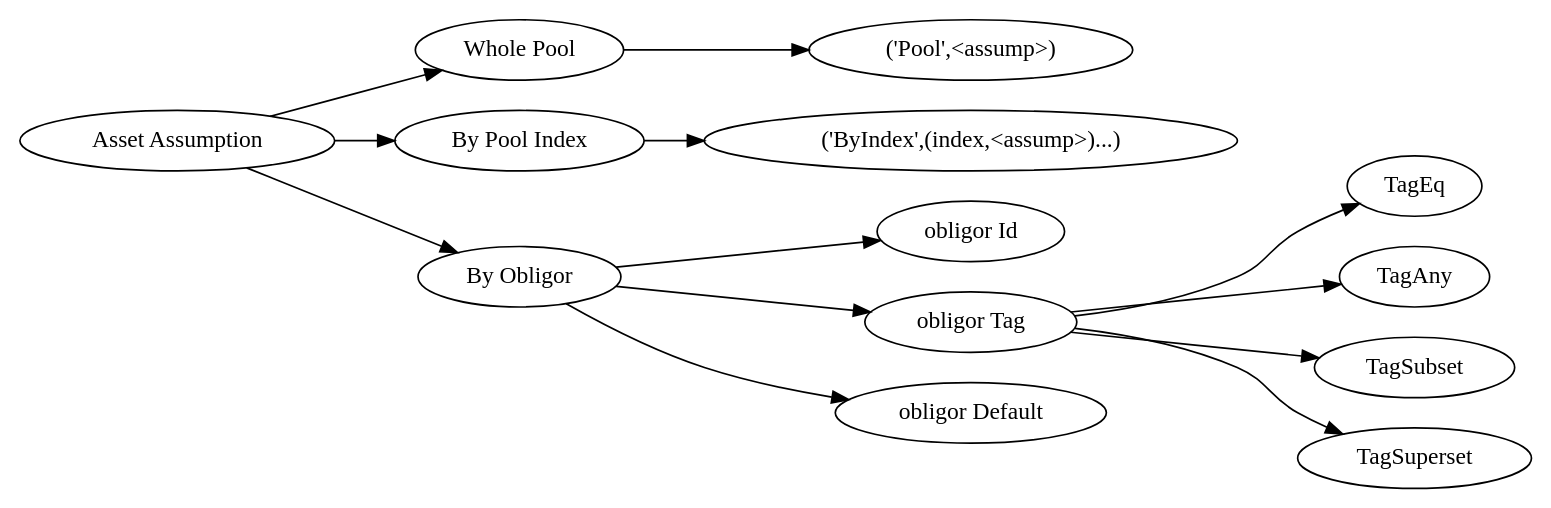
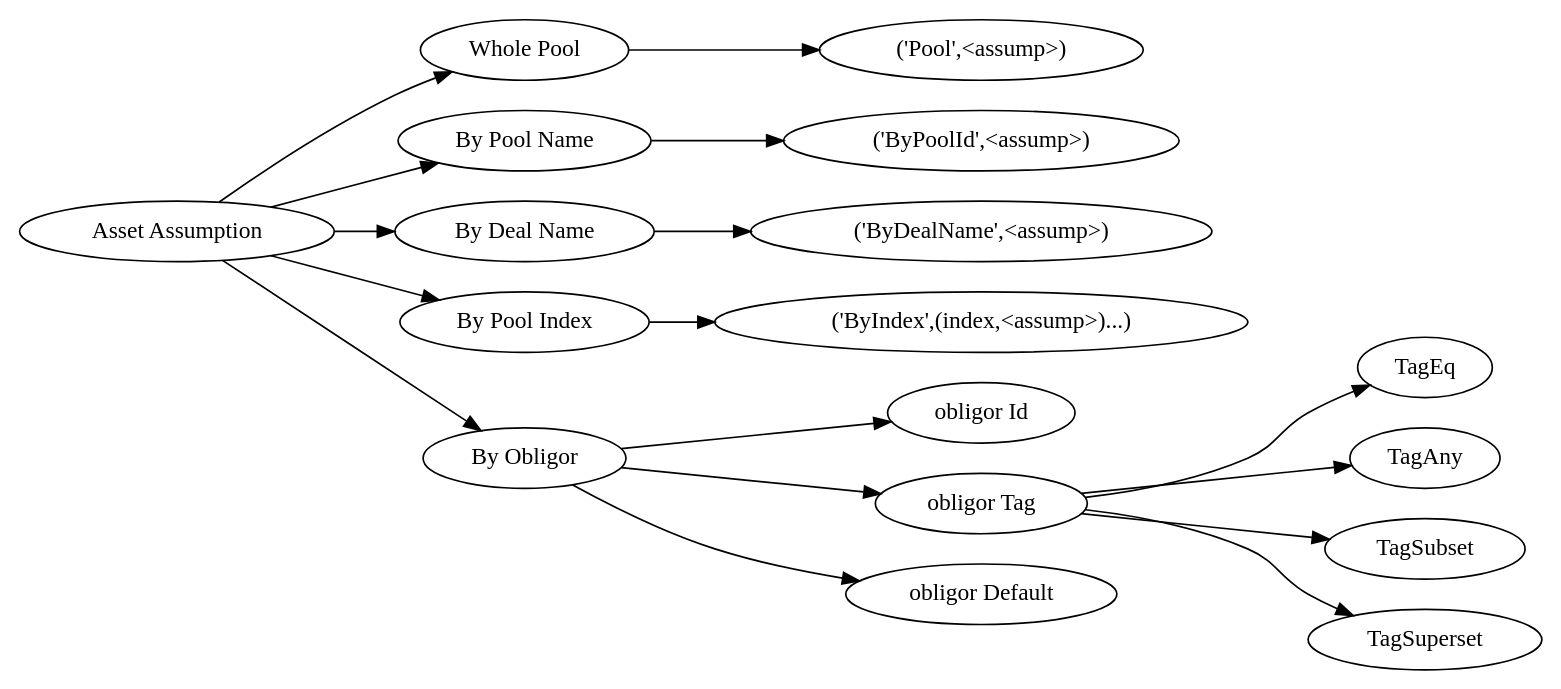
The eighth of 11 diagrams in docs/source/analytics.rst (yellowbean/AbsBox), drawn with Graphviz before and after one commit. The commit also changed other lines of this file and 4 other files, not shown here.

```diff
--- a/docs/source/analytics.rst
+++ b/docs/source/analytics.rst
@@ -524,21 +524,25 @@
 .. graphviz::
     :name: sphinx.ext.graphviz
     :caption: asset-assumption
     :alt: asset-assumption
     :align: center
     
     digraph {
         rankdir = LR
         "Asset Assumption" -> "Whole Pool"
+        "Asset Assumption" -> "By Pool Name"
+        "Asset Assumption" -> "By Deal Name"
         "Whole Pool" -> "('Pool',<assump>)"
+        "By Pool Name" -> "('ByPoolId',<assump>)"
+        "By Deal Name" -> "('ByDealName',<assump>)"
         "Asset Assumption" -> "By Pool Index"
         "By Pool Index" -> "('ByIndex',(index,<assump>)...)"
         "Asset Assumption" -> "By Obligor"
         "By Obligor" -> "obligor Id"
         "By Obligor" -> "obligor Tag"
         "By Obligor" -> "obligor Default"
         "obligor Tag" -> "TagEq"
         "obligor Tag" -> "TagAny"
         "obligor Tag" -> "TagSubset"
         "obligor Tag" -> "TagSuperset"
     }
```
